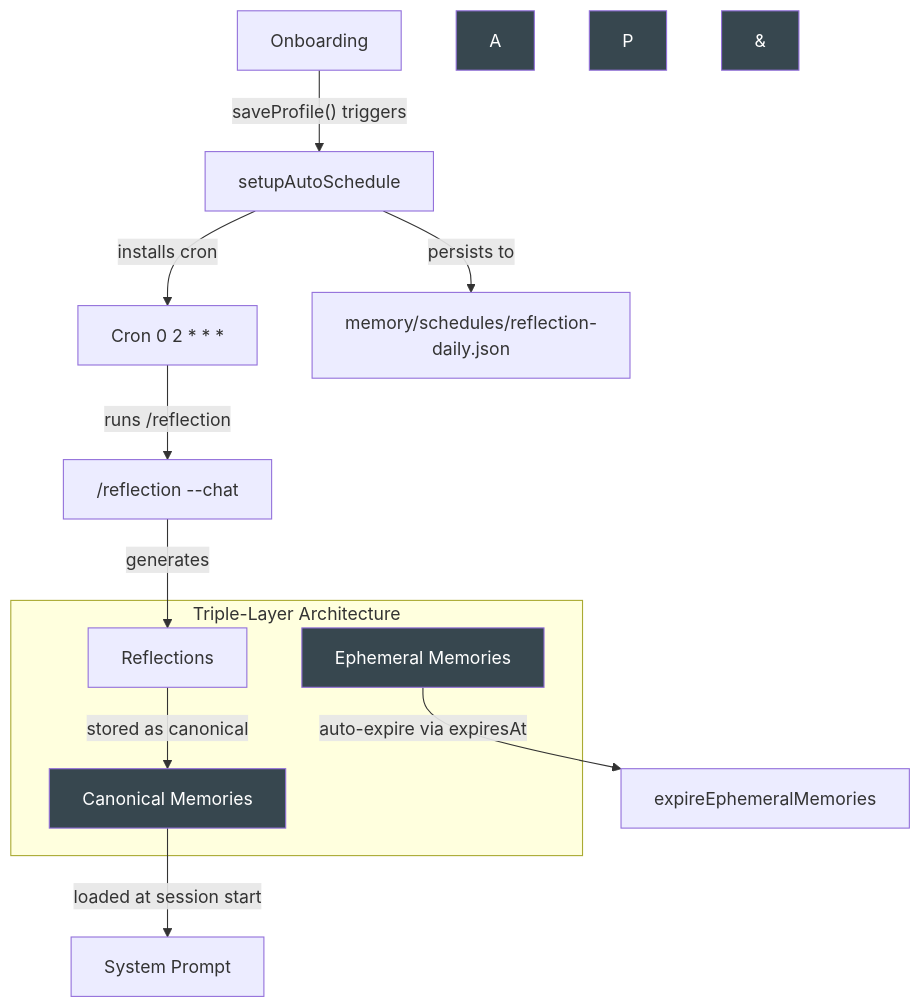
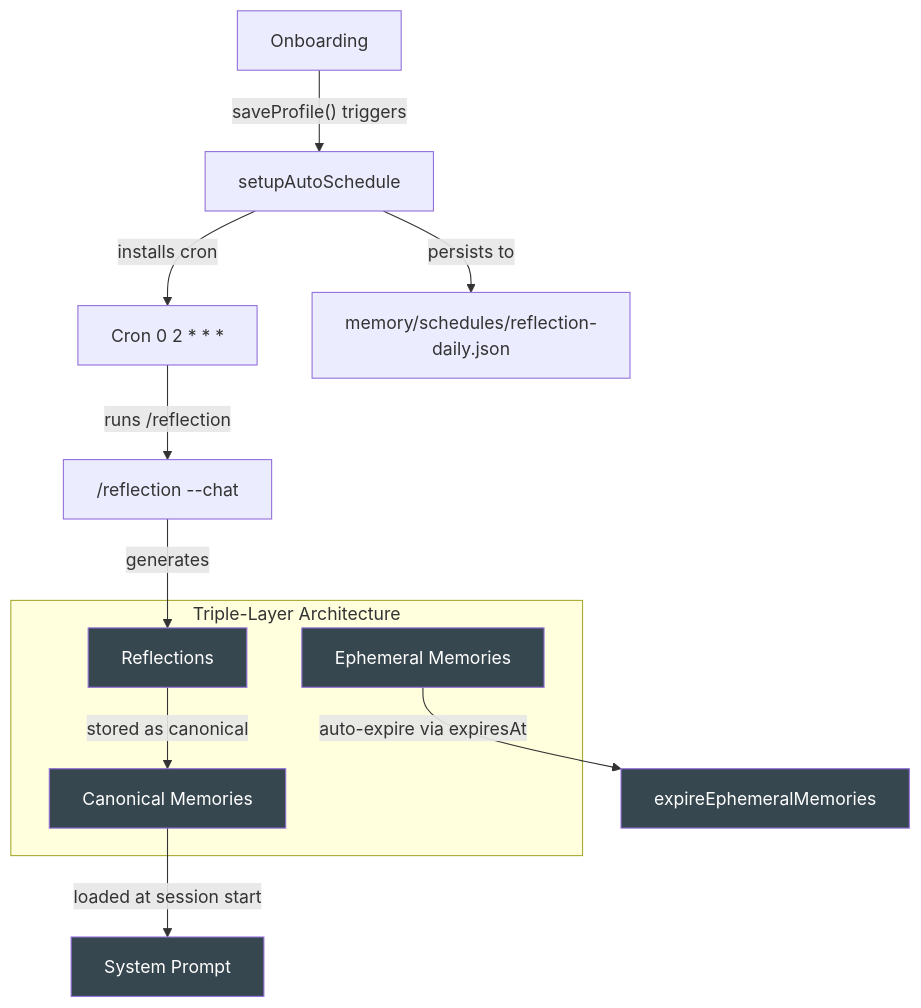
One commit to avoidwork/madz changed the fourth of 5 diagrams in docs/OVERVIEW.md. Above: the diagram before and after it, drawn with Mermaid. The commit also changed other lines of this file, not shown here.

Commit message:
docs: fix floating node IDs in Memory chart styles

````diff
--- a/docs/OVERVIEW.md
+++ b/docs/OVERVIEW.md
@@ -355,25 +355,25 @@
 ```mermaid
 flowchart TD
     subgraph Layers["Triple-Layer Architecture"]
         C[Canonical Memories]
         E[Ephemeral Memories]
         R[Reflections]
     end
 
     C -->|"loaded at session start"| SP[System Prompt]
     E -->|"auto-expire via expiresAt"| GC[expireEphemeralMemories]
     R -->|"stored as canonical"| C
 
     Cron["Cron 0 2 * * *"] -->|"runs /reflection"| Ref["/reflection --chat"]
     Ref -->|"generates"| R
 
     Onboard["Onboarding"] -->|"saveProfile() triggers"| Auto["setupAutoSchedule"]
     Auto -->|"installs cron"| Cron
     Auto -->|"persists to"| Sched["memory/schedules/reflection-daily.json"]
 
-    style A fill:#37474f,color:#fff
     style C fill:#37474f,color:#fff
-    style P fill:#37474f,color:#fff
     style E fill:#37474f,color:#fff
-    style & fill:#37474f,color:#fff
+    style R fill:#37474f,color:#fff
+    style SP fill:#37474f,color:#fff
+    style GC fill:#37474f,color:#fff
 ```
````
